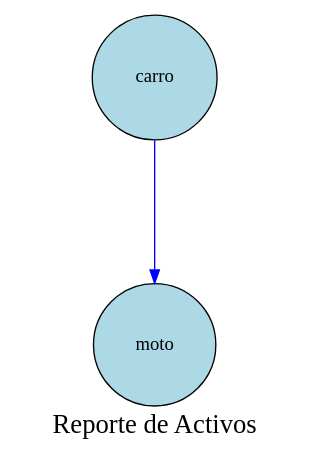
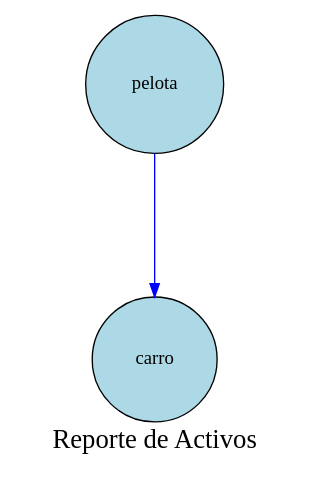
Before and after one commit to Ennero/EDD_Proyecto1_Vacas2_202302220: the diagram in Proyecto1/cmake-build-debug/reporteArbolAVL.dot, drawn with Graphviz. The commit also changed 23 other files, not shown here.

```diff
--- a/Proyecto1/cmake-build-debug/reporteArbolAVL.dot
+++ b/Proyecto1/cmake-build-debug/reporteArbolAVL.dot
@@ -1,8 +1,8 @@
 digraph AVLTree {
     node [shape=circle,style=filled, fillcolor=lightblue, margin=0.2];
 edge [style=solid, color=blue];
  graph [ranksep=1.5, nodesep=1];graph [label="Reporte de Activos", fontsize=20, fontcolor=black];
-    "k68i3i60c69qiwk" [label="carro"];
-    "k68i3i60c69qiwk" -> "8r73529t2k2xcj0";
-    "8r73529t2k2xcj0" [label="moto"];
+    "999l7tj31mx48p7" [label="pelota"];
+    "999l7tj31mx48p7" -> "6b95n2g18g4uyam";
+    "6b95n2g18g4uyam" [label="carro"];
 }
```
